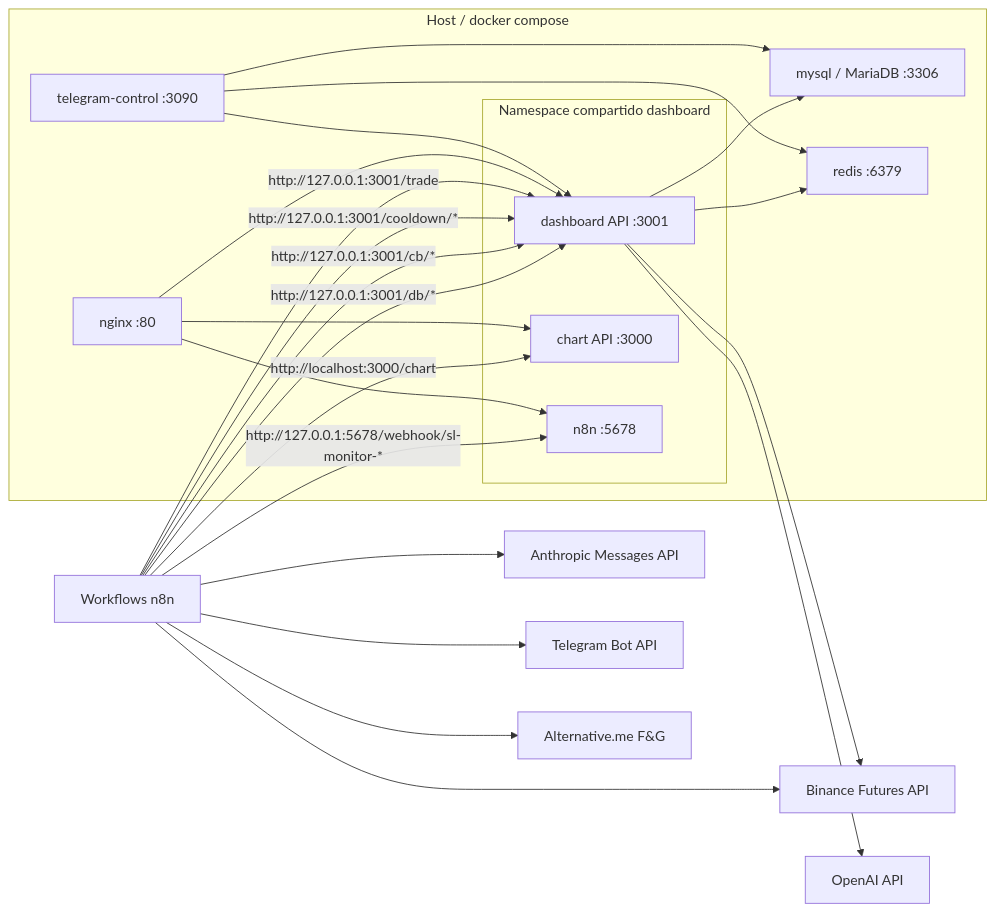
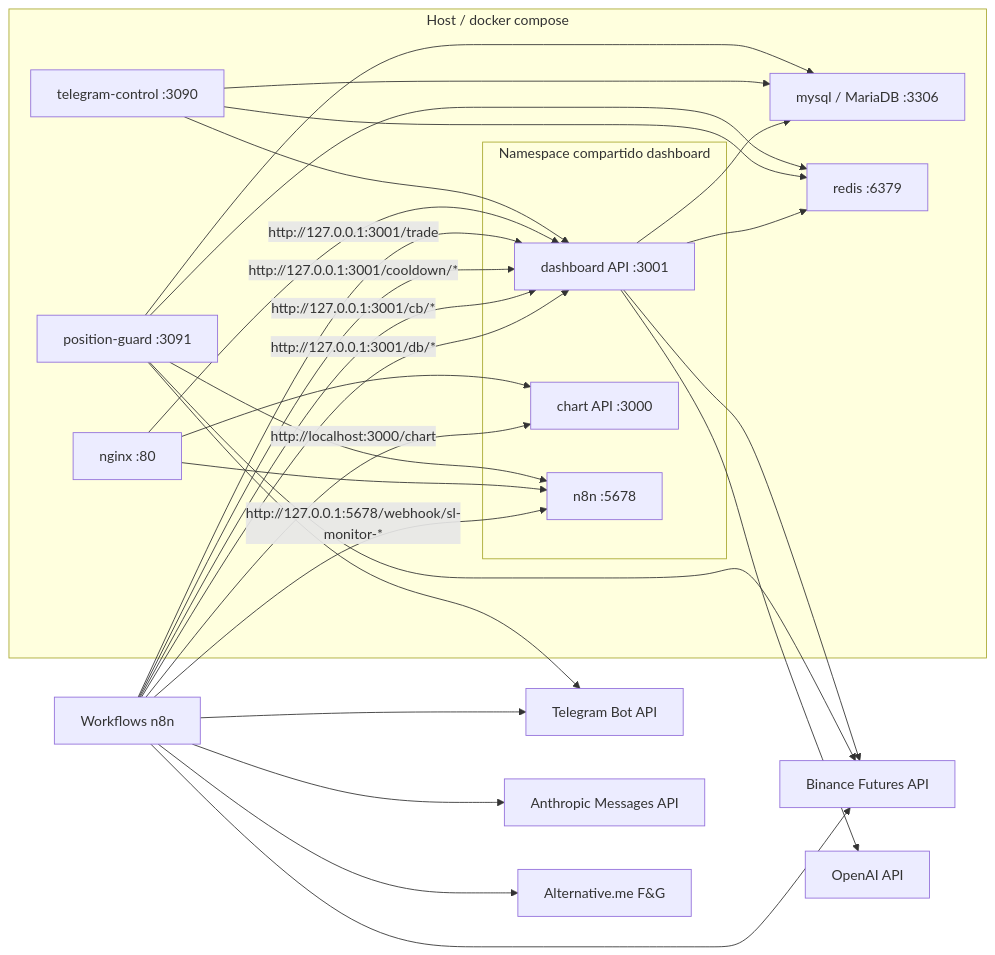
The fourth of 7 diagrams in docs/architecture/architecture.md (dycr1603-source/aterum_gui), drawn with Mermaid before and after one commit. The commit also changed other lines of this file and 32 other files, not shown here.

````diff
--- a/docs/architecture/architecture.md
+++ b/docs/architecture/architecture.md
@@ -63,38 +64,44 @@
 ```mermaid
 flowchart LR
   subgraph Host["Host / docker compose"]
     NGINX["nginx :80"]
     MYSQL["mysql / MariaDB :3306"]
     REDIS["redis :6379"]
     TC["telegram-control :3090"]
+    PG["position-guard :3091"]
 
     subgraph SharedNS["Namespace compartido dashboard"]
       DASH["dashboard API :3001"]
       CHART["chart API :3000"]
       N8N["n8n :5678"]
     end
   end
 
   WF["Workflows n8n"] -->|"http://127.0.0.1:3001/db/*"| DASH
   WF -->|"http://127.0.0.1:3001/cb/*"| DASH
   WF -->|"http://127.0.0.1:3001/cooldown/*"| DASH
   WF -->|"http://127.0.0.1:3001/trade"| DASH
   WF -->|"http://localhost:3000/chart"| CHART
   WF -->|"http://127.0.0.1:5678/webhook/sl-monitor-*"| N8N
 
   DASH --> MYSQL
   DASH --> REDIS
   NGINX --> DASH
   NGINX --> CHART
   NGINX --> N8N
   TC --> DASH
   TC --> MYSQL
   TC --> REDIS
+  PG --> MYSQL
+  PG --> REDIS
+  PG --> N8N
+  PG --> BINANCE
+  PG --> TELEGRAM
 
   WF --> BINANCE["Binance Futures API"]
   WF --> ANTHROPIC["Anthropic Messages API"]
   WF --> TELEGRAM["Telegram Bot API"]
   WF --> FNG["Alternative.me F&G"]
   DASH --> OPENAI["OpenAI API"]
   DASH --> BINANCE
 ```
````
